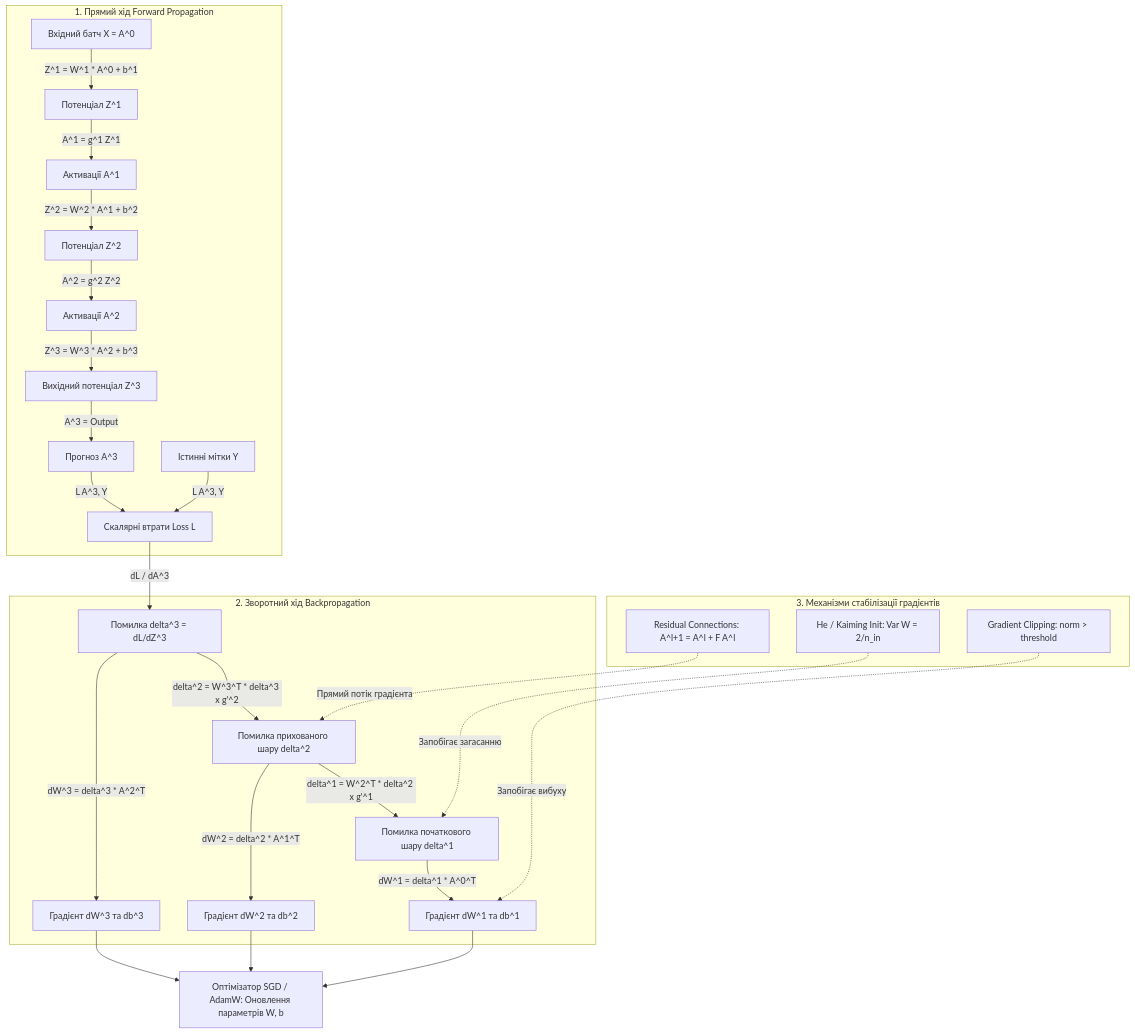
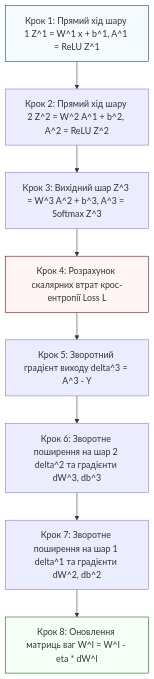
The fifth of 5 diagrams in docs/lk/lk8.md (KyryloVadurin/computational-processes-ai), drawn with Mermaid before and after one commit. The commit also changed other lines of this file, not shown here.

````diff
--- a/docs/lk/lk8.md
+++ b/docs/lk/lk8.md
@@ -133,34 +610,14 @@
 ```mermaid
 flowchart TD
-    subgraph Forward_Pass [1. Прямий хід Forward Propagation]
-        A[Вхідний батч X = A^0] -->|Z^1 = W^1 * A^0 + b^1| B[Потенціал Z^1]
-        B -->|A^1 = g^1 Z^1| C[Активації A^1]
-        
-        C -->|Z^2 = W^2 * A^1 + b^2| D[Потенціал Z^2]
-        D -->|A^2 = g^2 Z^2| E[Активації A^2]
-        
-        E -->|Z^3 = W^3 * A^2 + b^3| F[Вихідний потенціал Z^3]
-        F -->|A^3 = Output| G[Прогноз A^3]
-        G & H[Істинні мітки Y] -->|L A^3, Y| I[Скалярні втрати Loss L]
-    end
+    Step1[Крок 1: Прямий хід шару 1 Z^1 = W^1 x + b^1, A^1 = ReLU Z^1] --> Step2[Крок 2: Прямий хід шару 2 Z^2 = W^2 A^1 + b^2, A^2 = ReLU Z^2]
+    Step2 --> Step3[Крок 3: Вихідний шар Z^3 = W^3 A^2 + b^3, A^3 = Softmax Z^3]
+    Step3 --> Step4[Крок 4: Розрахунок скалярних втрат крос-ентропії Loss L]
+    Step4 --> Step5[Крок 5: Зворотний градієнт виходу delta^3 = A^3 - Y]
+    Step5 --> Step6[Крок 6: Зворотне поширення на шар 2 delta^2 та градієнти dW^3, db^3]
+    Step6 --> Step7[Крок 7: Зворотне поширення на шар 1 delta^1 та градієнти dW^2, db^2]
+    Step7 --> Step8[Крок 8: Оновлення матриць ваг W^l = W^l - eta * dW^l]
 
-    subgraph Backward_Pass [2. Зворотний хід Backpropagation]
-        I -->|dL / dA^3| J[Помилка delta^3 = dL/dZ^3]
-        
-        J -->|dW^3 = delta^3 * A^2^T| K[Градієнт dW^3 та db^3]
-        J -->|delta^2 = W^3^T * delta^3 x g'^2| L[Помилка прихованого шару delta^2]
-        
-        L -->|dW^2 = delta^2 * A^1^T| M[Градієнт dW^2 та db^2]
-        L -->|delta^1 = W^2^T * delta^2 x g'^1| N[Помилка початкового шару delta^1]
-        
-        N -->|dW^1 = delta^1 * A^0^T| O[Градієнт dW^1 та db^1]
-    end
-
-    subgraph Initialization_Guard [3. Механізми стабілізації градієнтів]
-        P[He / Kaiming Init: Var W = 2/n_in] -.->|Запобігає загасанню| N
-        Q[Residual Connections: A^l+1 = A^l + F A^l] -.->|Прямий потік градієнта| L
-        R[Gradient Clipping: norm > threshold] -.->|Запобігає вибуху| O
-    end
-
-    K & M & O --> S[Оптімізатор SGD / AdamW: Оновлення параметрів W, b]
+    style Step1 fill:#f5faff,stroke:#004080,stroke-width:1px
+    style Step4 fill:#fff5f5,stroke:#800000,stroke-width:1px
+    style Step8 fill:#f5fff5,stroke:#006600,stroke-width:1px
 ```
````
